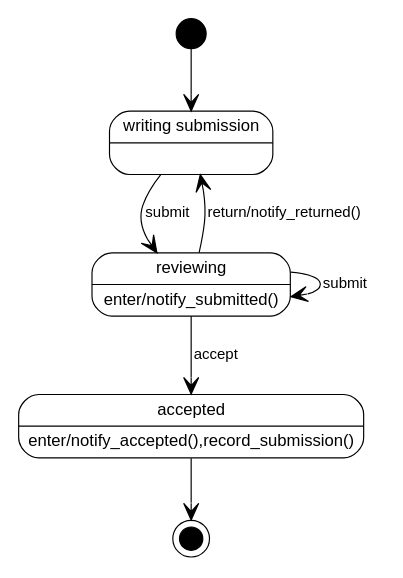
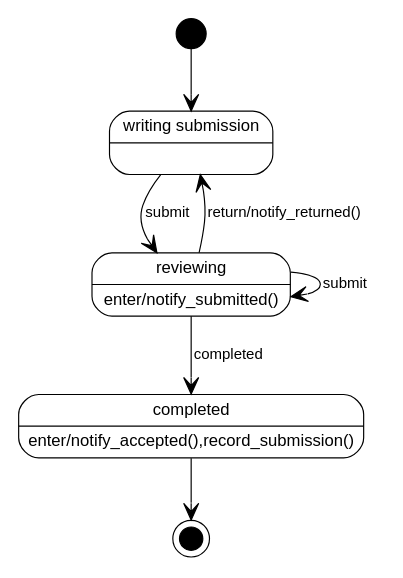
One commit to WorkflowsOnRails/project-report changed the diagram in img/case-study-fourth-year-system/document_submission.dot. Above: the diagram before and after it, drawn with Graphviz. The commit also changed 12 other files, not shown here.

```diff
--- a/img/case-study-fourth-year-system/document_submission.dot
+++ b/img/case-study-fourth-year-system/document_submission.dot
@@ -1,23 +1,23 @@
 digraph hierarchy {
 rankdir=TB
 node[shape=Mrecord, fontname=Arial, fontsize=10, penwidth=0.7]
 edge[dir=forward, arrowhead=vee, fontname=Arial, fontsize=9, penwidth=0.7]
 
 start[label="",
       shape=circle, style=filled, color=black, fillcolor=black,
       fixedsize=true, width=0.25, height=0.25]
 end[label="",
     shape=doublecircle, style=filled, color=black, fillcolor=black,
     fixedsize=true, width=0.2, height=0.2]
 
 writing_submission[label = "{writing submission|}"]
 reviewing[label = "{reviewing|enter/notify_submitted()}"]
-accepted[label = "{accepted|enter/notify_accepted(),record_submission()}"]
+completed[label = "{completed|enter/notify_accepted(),record_submission()}"]
 
 start->writing_submission
 writing_submission->reviewing [label = " submit   "]
 reviewing->reviewing [label = " submit   "]
 reviewing->writing_submission [label = " return/notify_returned()   "]
-reviewing->accepted [label = " accept   "]
-accepted->end
+reviewing->completed [label = " completed   "]
+completed->end
 }
```
